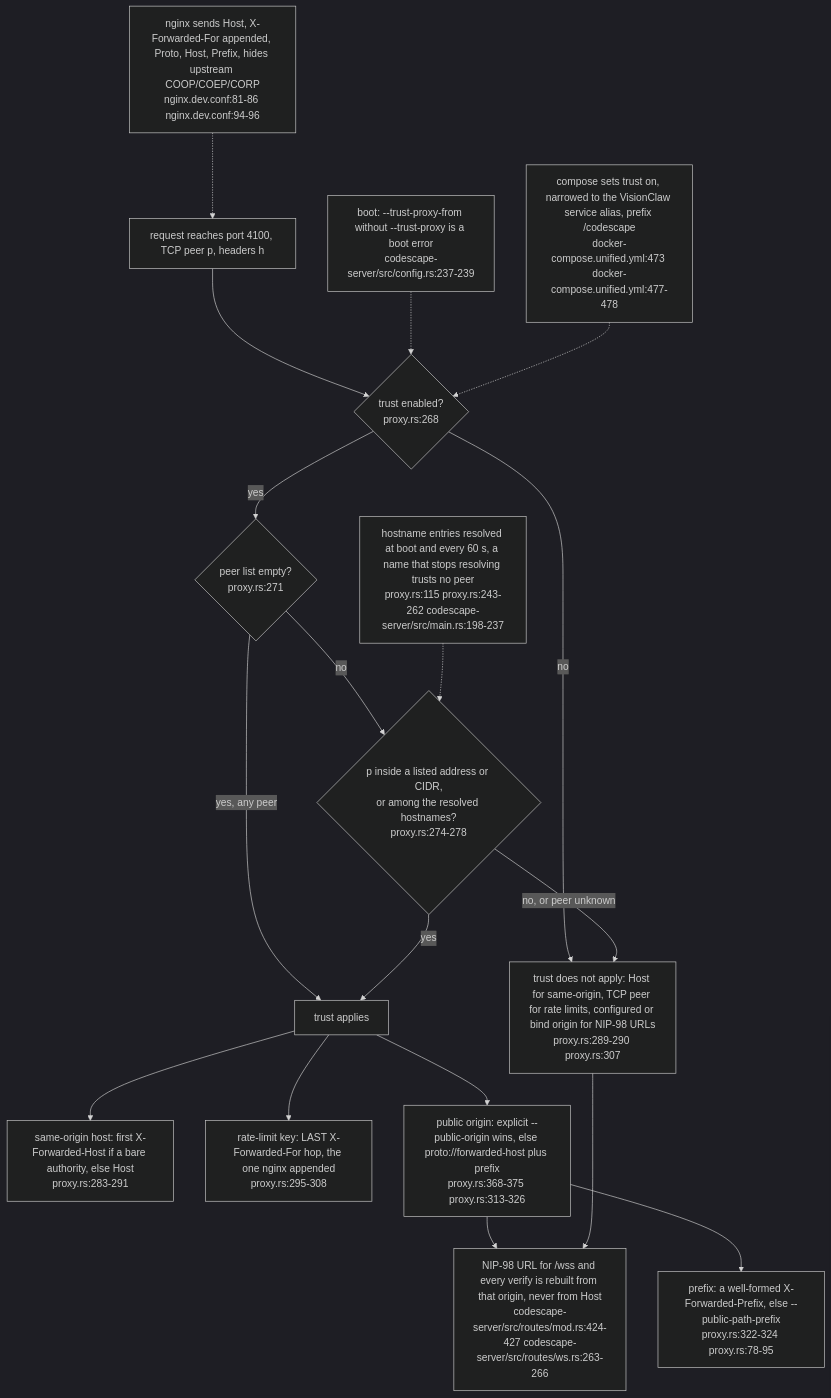
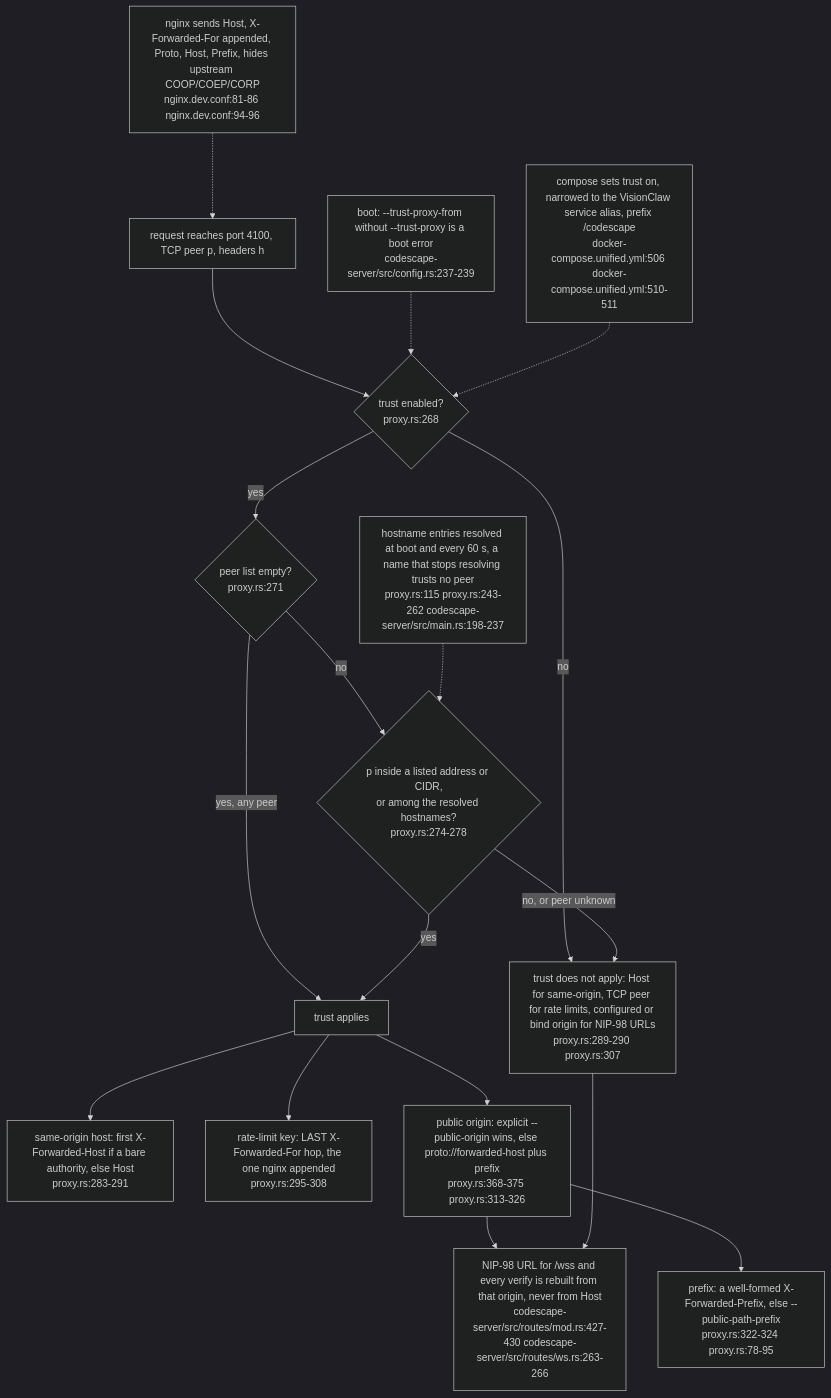
The sixth of 7 diagrams in docs/diagrams/visionclaw/39-codescape.md (DreamLab-AI/VisionFlow), drawn with Mermaid (dark theme) before and after one commit. The commit also changed other lines of this file and 145 other files, not shown here.

````diff
--- a/docs/diagrams/visionclaw/39-codescape.md
+++ b/docs/diagrams/visionclaw/39-codescape.md
@@ -283,35 +294,35 @@
 ```mermaid
 flowchart TB
     REQ["request reaches port 4100, TCP peer p, headers h"]
     CFG["boot: --trust-proxy-from without --trust-proxy is a boot error<br/>codescape-server/src/config.rs:237-239"]
     EN{"trust enabled?<br/>proxy.rs:268"}
     LIST{"peer list empty?<br/>proxy.rs:271"}
     MATCH{"p inside a listed address or CIDR,<br/>or among the resolved hostnames?<br/>proxy.rs:274-278"}
     REFRESH["hostname entries resolved at boot and every 60 s, a name that stops resolving trusts no peer<br/>proxy.rs:115 proxy.rs:243-262 codescape-server/src/main.rs:198-237"]
     OFF["trust does not apply: Host for same-origin, TCP peer for rate limits, configured or bind origin for NIP-98 URLs<br/>proxy.rs:289-290 proxy.rs:307"]
     ON["trust applies"]
     HOST["same-origin host: first X-Forwarded-Host if a bare authority, else Host<br/>proxy.rs:283-291"]
     IP["rate-limit key: LAST X-Forwarded-For hop, the one nginx appended<br/>proxy.rs:295-308"]
     ORIG["public origin: explicit --public-origin wins, else proto://forwarded-host plus prefix<br/>proxy.rs:368-375 proxy.rs:313-326"]
     PFX["prefix: a well-formed X-Forwarded-Prefix, else --public-path-prefix<br/>proxy.rs:322-324 proxy.rs:78-95"]
-    USE["NIP-98 URL for /wss and every verify is rebuilt from that origin, never from Host<br/>codescape-server/src/routes/mod.rs:424-427 codescape-server/src/routes/ws.rs:263-266"]
+    USE["NIP-98 URL for /wss and every verify is rebuilt from that origin, never from Host<br/>codescape-server/src/routes/mod.rs:427-430 codescape-server/src/routes/ws.rs:263-266"]
     REQ --> EN
     CFG -.-> EN
     EN -->|no| OFF
     EN -->|yes| LIST
     LIST -->|"yes, any peer"| ON
     LIST -->|no| MATCH
     REFRESH -.-> MATCH
     MATCH -->|"no, or peer unknown"| OFF
     MATCH -->|yes| ON
     ON --> HOST
     ON --> IP
     ON --> ORIG
     ORIG --> PFX
     ORIG --> USE
     OFF --> USE
-    COMPOSE["compose sets trust on, narrowed to the VisionClaw service alias, prefix /codescape<br/>docker-compose.unified.yml:473 docker-compose.unified.yml:477-478"]
+    COMPOSE["compose sets trust on, narrowed to the VisionClaw service alias, prefix /codescape<br/>docker-compose.unified.yml:506 docker-compose.unified.yml:510-511"]
     NG["nginx sends Host, X-Forwarded-For appended, Proto, Host, Prefix, hides upstream COOP/COEP/CORP<br/>nginx.dev.conf:81-86 nginx.dev.conf:94-96"]
     COMPOSE -.-> EN
     NG -.-> REQ
 ```
````
